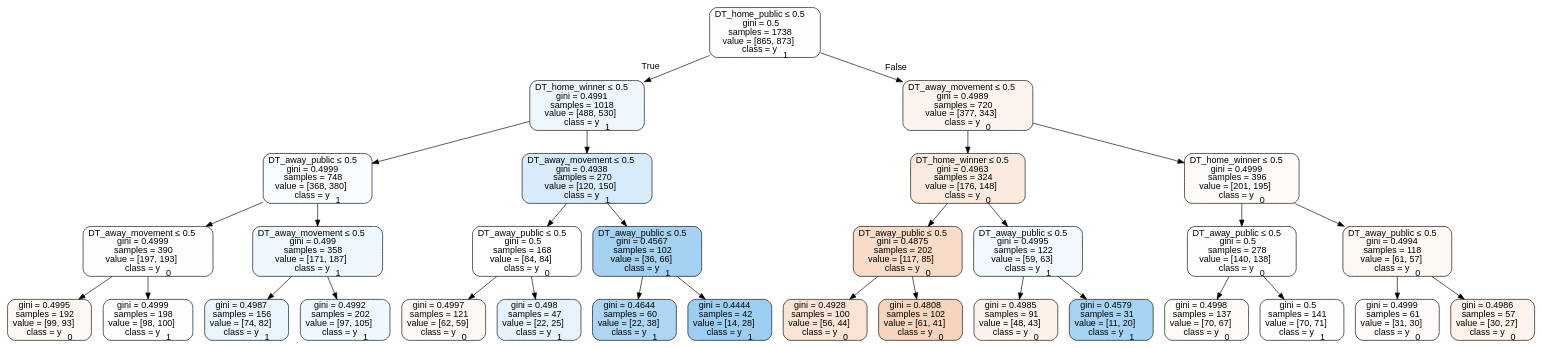
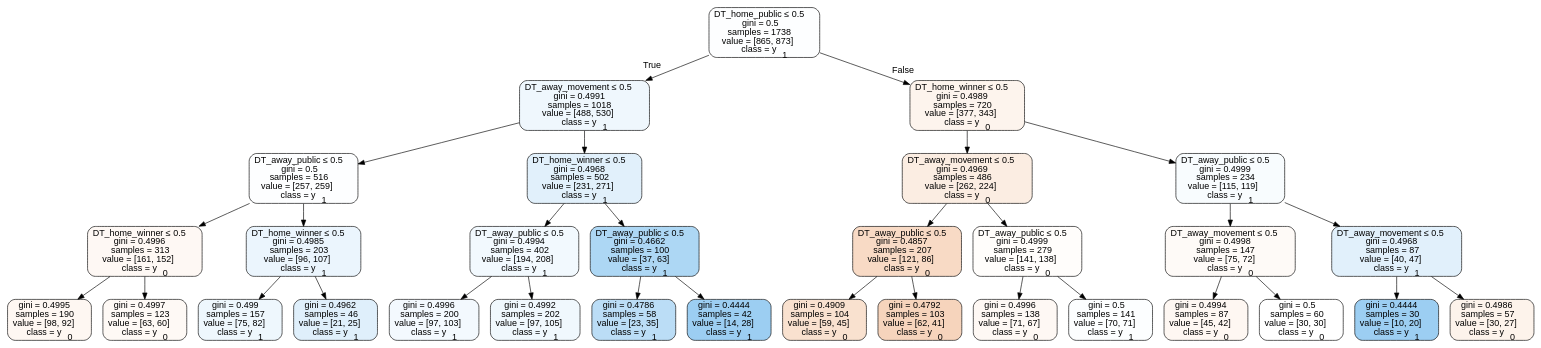
Before and after one commit to usbogie/ncaa-bets: the diagram in tree_data/tree2014neutral.dot, drawn with Graphviz. The commit also changed 27 other files, not shown here.

```diff
--- a/tree_data/tree2014neutral.dot
+++ b/tree_data/tree2014neutral.dot
@@ -1,65 +1,65 @@
 digraph Tree {
 node [shape=box, style="filled, rounded", color="black", fontname=helvetica] ;
 edge [fontname=helvetica] ;
 0 [label=<DT_home_public &le; 0.5<br/>gini = 0.5<br/>samples = 1738<br/>value = [865, 873]<br/>class = y<SUB>1</SUB>>, fillcolor="#399de502"] ;
-1 [label=<DT_home_winner &le; 0.5<br/>gini = 0.4991<br/>samples = 1018<br/>value = [488, 530]<br/>class = y<SUB>1</SUB>>, fillcolor="#399de514"] ;
+1 [label=<DT_away_movement &le; 0.5<br/>gini = 0.4991<br/>samples = 1018<br/>value = [488, 530]<br/>class = y<SUB>1</SUB>>, fillcolor="#399de514"] ;
 0 -> 1 [labeldistance=2.5, labelangle=45, headlabel="True"] ;
-2 [label=<DT_away_public &le; 0.5<br/>gini = 0.4999<br/>samples = 748<br/>value = [368, 380]<br/>class = y<SUB>1</SUB>>, fillcolor="#399de508"] ;
+2 [label=<DT_away_public &le; 0.5<br/>gini = 0.5<br/>samples = 516<br/>value = [257, 259]<br/>class = y<SUB>1</SUB>>, fillcolor="#399de502"] ;
 1 -> 2 ;
-3 [label=<DT_away_movement &le; 0.5<br/>gini = 0.4999<br/>samples = 390<br/>value = [197, 193]<br/>class = y<SUB>0</SUB>>, fillcolor="#e5813905"] ;
+3 [label=<DT_home_winner &le; 0.5<br/>gini = 0.4996<br/>samples = 313<br/>value = [161, 152]<br/>class = y<SUB>0</SUB>>, fillcolor="#e581390e"] ;
 2 -> 3 ;
-4 [label=<gini = 0.4995<br/>samples = 192<br/>value = [99, 93]<br/>class = y<SUB>0</SUB>>, fillcolor="#e581390f"] ;
+4 [label=<gini = 0.4995<br/>samples = 190<br/>value = [98, 92]<br/>class = y<SUB>0</SUB>>, fillcolor="#e5813910"] ;
 3 -> 4 ;
-5 [label=<gini = 0.4999<br/>samples = 198<br/>value = [98, 100]<br/>class = y<SUB>1</SUB>>, fillcolor="#399de505"] ;
+5 [label=<gini = 0.4997<br/>samples = 123<br/>value = [63, 60]<br/>class = y<SUB>0</SUB>>, fillcolor="#e581390c"] ;
 3 -> 5 ;
-6 [label=<DT_away_movement &le; 0.5<br/>gini = 0.499<br/>samples = 358<br/>value = [171, 187]<br/>class = y<SUB>1</SUB>>, fillcolor="#399de516"] ;
+6 [label=<DT_home_winner &le; 0.5<br/>gini = 0.4985<br/>samples = 203<br/>value = [96, 107]<br/>class = y<SUB>1</SUB>>, fillcolor="#399de51a"] ;
 2 -> 6 ;
-7 [label=<gini = 0.4987<br/>samples = 156<br/>value = [74, 82]<br/>class = y<SUB>1</SUB>>, fillcolor="#399de519"] ;
+7 [label=<gini = 0.499<br/>samples = 157<br/>value = [75, 82]<br/>class = y<SUB>1</SUB>>, fillcolor="#399de516"] ;
 6 -> 7 ;
-8 [label=<gini = 0.4992<br/>samples = 202<br/>value = [97, 105]<br/>class = y<SUB>1</SUB>>, fillcolor="#399de513"] ;
+8 [label=<gini = 0.4962<br/>samples = 46<br/>value = [21, 25]<br/>class = y<SUB>1</SUB>>, fillcolor="#399de529"] ;
 6 -> 8 ;
-9 [label=<DT_away_movement &le; 0.5<br/>gini = 0.4938<br/>samples = 270<br/>value = [120, 150]<br/>class = y<SUB>1</SUB>>, fillcolor="#399de533"] ;
+9 [label=<DT_home_winner &le; 0.5<br/>gini = 0.4968<br/>samples = 502<br/>value = [231, 271]<br/>class = y<SUB>1</SUB>>, fillcolor="#399de526"] ;
 1 -> 9 ;
-10 [label=<DT_away_public &le; 0.5<br/>gini = 0.5<br/>samples = 168<br/>value = [84, 84]<br/>class = y<SUB>0</SUB>>, fillcolor="#e5813900"] ;
+10 [label=<DT_away_public &le; 0.5<br/>gini = 0.4994<br/>samples = 402<br/>value = [194, 208]<br/>class = y<SUB>1</SUB>>, fillcolor="#399de511"] ;
 9 -> 10 ;
-11 [label=<gini = 0.4997<br/>samples = 121<br/>value = [62, 59]<br/>class = y<SUB>0</SUB>>, fillcolor="#e581390c"] ;
+11 [label=<gini = 0.4996<br/>samples = 200<br/>value = [97, 103]<br/>class = y<SUB>1</SUB>>, fillcolor="#399de50f"] ;
 10 -> 11 ;
-12 [label=<gini = 0.498<br/>samples = 47<br/>value = [22, 25]<br/>class = y<SUB>1</SUB>>, fillcolor="#399de51f"] ;
+12 [label=<gini = 0.4992<br/>samples = 202<br/>value = [97, 105]<br/>class = y<SUB>1</SUB>>, fillcolor="#399de513"] ;
 10 -> 12 ;
-13 [label=<DT_away_public &le; 0.5<br/>gini = 0.4567<br/>samples = 102<br/>value = [36, 66]<br/>class = y<SUB>1</SUB>>, fillcolor="#399de574"] ;
+13 [label=<DT_away_public &le; 0.5<br/>gini = 0.4662<br/>samples = 100<br/>value = [37, 63]<br/>class = y<SUB>1</SUB>>, fillcolor="#399de569"] ;
 9 -> 13 ;
-14 [label=<gini = 0.4644<br/>samples = 60<br/>value = [22, 38]<br/>class = y<SUB>1</SUB>>, fillcolor="#399de56b"] ;
+14 [label=<gini = 0.4786<br/>samples = 58<br/>value = [23, 35]<br/>class = y<SUB>1</SUB>>, fillcolor="#399de557"] ;
 13 -> 14 ;
 15 [label=<gini = 0.4444<br/>samples = 42<br/>value = [14, 28]<br/>class = y<SUB>1</SUB>>, fillcolor="#399de57f"] ;
 13 -> 15 ;
-16 [label=<DT_away_movement &le; 0.5<br/>gini = 0.4989<br/>samples = 720<br/>value = [377, 343]<br/>class = y<SUB>0</SUB>>, fillcolor="#e5813917"] ;
+16 [label=<DT_home_winner &le; 0.5<br/>gini = 0.4989<br/>samples = 720<br/>value = [377, 343]<br/>class = y<SUB>0</SUB>>, fillcolor="#e5813917"] ;
 0 -> 16 [labeldistance=2.5, labelangle=-45, headlabel="False"] ;
-17 [label=<DT_home_winner &le; 0.5<br/>gini = 0.4963<br/>samples = 324<br/>value = [176, 148]<br/>class = y<SUB>0</SUB>>, fillcolor="#e5813929"] ;
+17 [label=<DT_away_movement &le; 0.5<br/>gini = 0.4969<br/>samples = 486<br/>value = [262, 224]<br/>class = y<SUB>0</SUB>>, fillcolor="#e5813925"] ;
 16 -> 17 ;
-18 [label=<DT_away_public &le; 0.5<br/>gini = 0.4875<br/>samples = 202<br/>value = [117, 85]<br/>class = y<SUB>0</SUB>>, fillcolor="#e5813946"] ;
+18 [label=<DT_away_public &le; 0.5<br/>gini = 0.4857<br/>samples = 207<br/>value = [121, 86]<br/>class = y<SUB>0</SUB>>, fillcolor="#e581394a"] ;
 17 -> 18 ;
-19 [label=<gini = 0.4928<br/>samples = 100<br/>value = [56, 44]<br/>class = y<SUB>0</SUB>>, fillcolor="#e5813937"] ;
+19 [label=<gini = 0.4909<br/>samples = 104<br/>value = [59, 45]<br/>class = y<SUB>0</SUB>>, fillcolor="#e581393d"] ;
 18 -> 19 ;
-20 [label=<gini = 0.4808<br/>samples = 102<br/>value = [61, 41]<br/>class = y<SUB>0</SUB>>, fillcolor="#e5813954"] ;
+20 [label=<gini = 0.4792<br/>samples = 103<br/>value = [62, 41]<br/>class = y<SUB>0</SUB>>, fillcolor="#e5813956"] ;
 18 -> 20 ;
-21 [label=<DT_away_public &le; 0.5<br/>gini = 0.4995<br/>samples = 122<br/>value = [59, 63]<br/>class = y<SUB>1</SUB>>, fillcolor="#399de510"] ;
+21 [label=<DT_away_public &le; 0.5<br/>gini = 0.4999<br/>samples = 279<br/>value = [141, 138]<br/>class = y<SUB>0</SUB>>, fillcolor="#e5813905"] ;
 17 -> 21 ;
-22 [label=<gini = 0.4985<br/>samples = 91<br/>value = [48, 43]<br/>class = y<SUB>0</SUB>>, fillcolor="#e581391b"] ;
+22 [label=<gini = 0.4996<br/>samples = 138<br/>value = [71, 67]<br/>class = y<SUB>0</SUB>>, fillcolor="#e581390e"] ;
 21 -> 22 ;
-23 [label=<gini = 0.4579<br/>samples = 31<br/>value = [11, 20]<br/>class = y<SUB>1</SUB>>, fillcolor="#399de573"] ;
+23 [label=<gini = 0.5<br/>samples = 141<br/>value = [70, 71]<br/>class = y<SUB>1</SUB>>, fillcolor="#399de504"] ;
 21 -> 23 ;
-24 [label=<DT_home_winner &le; 0.5<br/>gini = 0.4999<br/>samples = 396<br/>value = [201, 195]<br/>class = y<SUB>0</SUB>>, fillcolor="#e5813908"] ;
+24 [label=<DT_away_public &le; 0.5<br/>gini = 0.4999<br/>samples = 234<br/>value = [115, 119]<br/>class = y<SUB>1</SUB>>, fillcolor="#399de509"] ;
 16 -> 24 ;
-25 [label=<DT_away_public &le; 0.5<br/>gini = 0.5<br/>samples = 278<br/>value = [140, 138]<br/>class = y<SUB>0</SUB>>, fillcolor="#e5813904"] ;
+25 [label=<DT_away_movement &le; 0.5<br/>gini = 0.4998<br/>samples = 147<br/>value = [75, 72]<br/>class = y<SUB>0</SUB>>, fillcolor="#e581390a"] ;
 24 -> 25 ;
-26 [label=<gini = 0.4998<br/>samples = 137<br/>value = [70, 67]<br/>class = y<SUB>0</SUB>>, fillcolor="#e581390b"] ;
+26 [label=<gini = 0.4994<br/>samples = 87<br/>value = [45, 42]<br/>class = y<SUB>0</SUB>>, fillcolor="#e5813911"] ;
 25 -> 26 ;
-27 [label=<gini = 0.5<br/>samples = 141<br/>value = [70, 71]<br/>class = y<SUB>1</SUB>>, fillcolor="#399de504"] ;
+27 [label=<gini = 0.5<br/>samples = 60<br/>value = [30, 30]<br/>class = y<SUB>0</SUB>>, fillcolor="#e5813900"] ;
 25 -> 27 ;
-28 [label=<DT_away_public &le; 0.5<br/>gini = 0.4994<br/>samples = 118<br/>value = [61, 57]<br/>class = y<SUB>0</SUB>>, fillcolor="#e5813911"] ;
+28 [label=<DT_away_movement &le; 0.5<br/>gini = 0.4968<br/>samples = 87<br/>value = [40, 47]<br/>class = y<SUB>1</SUB>>, fillcolor="#399de526"] ;
 24 -> 28 ;
-29 [label=<gini = 0.4999<br/>samples = 61<br/>value = [31, 30]<br/>class = y<SUB>0</SUB>>, fillcolor="#e5813908"] ;
+29 [label=<gini = 0.4444<br/>samples = 30<br/>value = [10, 20]<br/>class = y<SUB>1</SUB>>, fillcolor="#399de57f"] ;
 28 -> 29 ;
 30 [label=<gini = 0.4986<br/>samples = 57<br/>value = [30, 27]<br/>class = y<SUB>0</SUB>>, fillcolor="#e5813919"] ;
 28 -> 30 ;
 }
```
